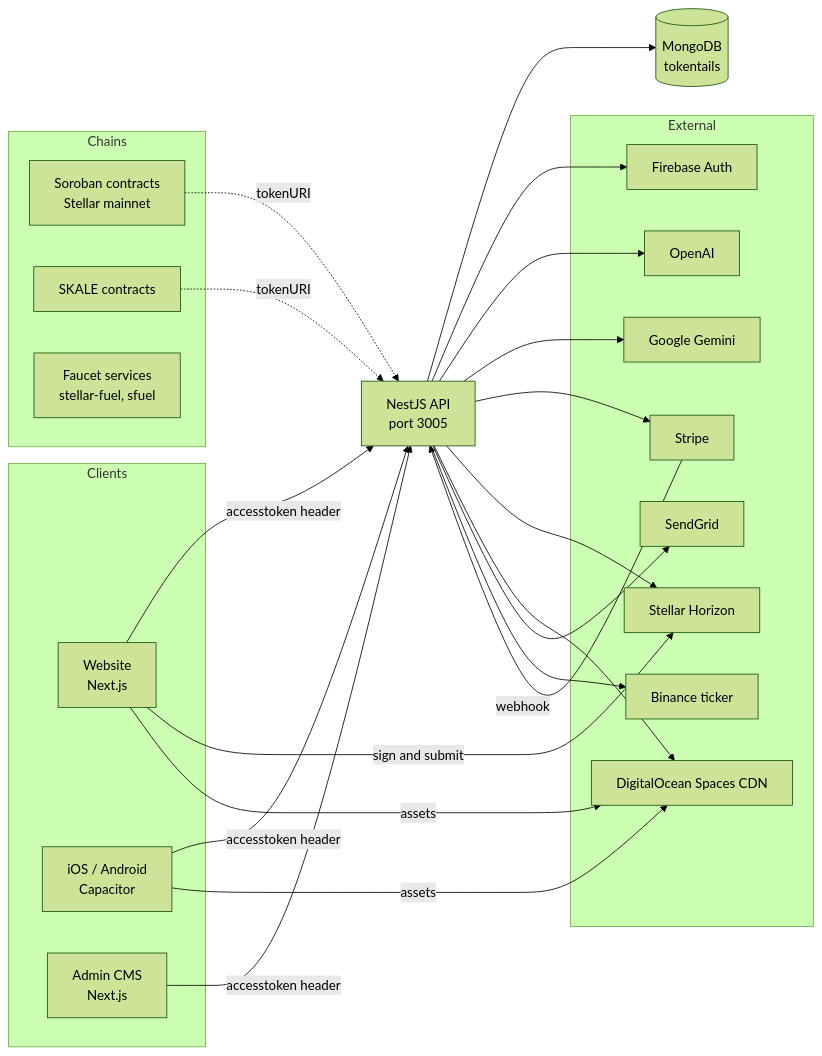
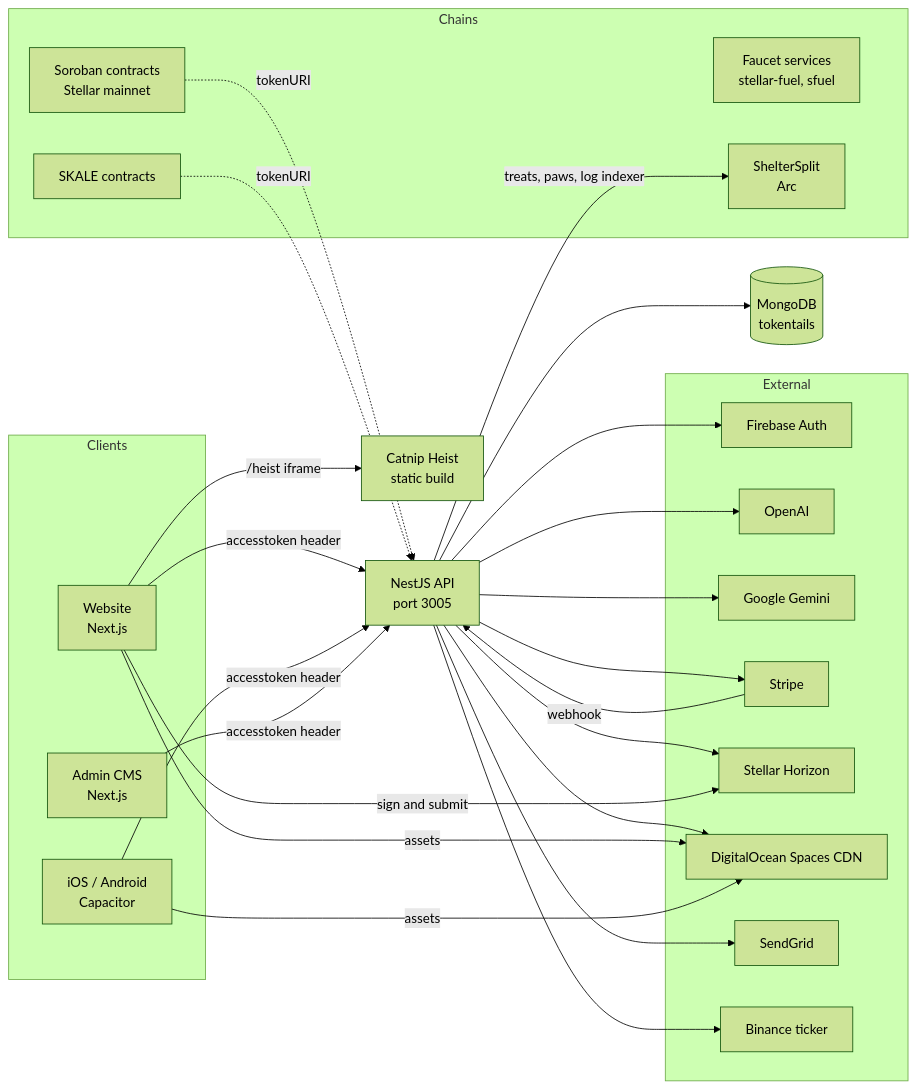
One commit to zbagdzevicius/tokentails changed the diagram in docs/ARCHITECTURE.md. Above: the diagram before and after it, drawn with Mermaid (forest theme). The commit also changed other lines of this file and 1658 other files, not shown here.

````diff
--- a/docs/ARCHITECTURE.md
+++ b/docs/ARCHITECTURE.md
@@ -9,37 +9,40 @@
 ```mermaid
 flowchart LR
     subgraph Clients
         Web[Website<br/>Next.js]
         App[iOS / Android<br/>Capacitor]
         CMS[Admin CMS<br/>Next.js]
     end
 
     API[NestJS API<br/>port 3005]
     DB[(MongoDB<br/>tokentails)]
 
     subgraph External
         FB[Firebase Auth]
         OAI[OpenAI]
         GEM[Google Gemini]
         STR[Stripe]
         HOR[Stellar Horizon]
         SP[DigitalOcean Spaces CDN]
         SG[SendGrid]
         BIN[Binance ticker]
     end
 
     subgraph Chains
         SOR[Soroban contracts<br/>Stellar mainnet]
         SK[SKALE contracts]
         FUEL[Faucet services<br/>stellar-fuel, sfuel]
+        ARC[ShelterSplit<br/>Arc]
     end
 
     Web & App & CMS -->|accesstoken header| API
     API --> DB
     API --> FB & OAI & GEM & STR & HOR & SP & SG & BIN
     STR -->|webhook| API
     Web -->|sign and submit| HOR
     SOR -.->|tokenURI| API
     SK -.->|tokenURI| API
     Web & App -->|assets| SP
+    API -->|treats, paws, log indexer| ARC
+    Web -->|/heist iframe| HEIST[Catnip Heist<br/>static build]
 ```
````
